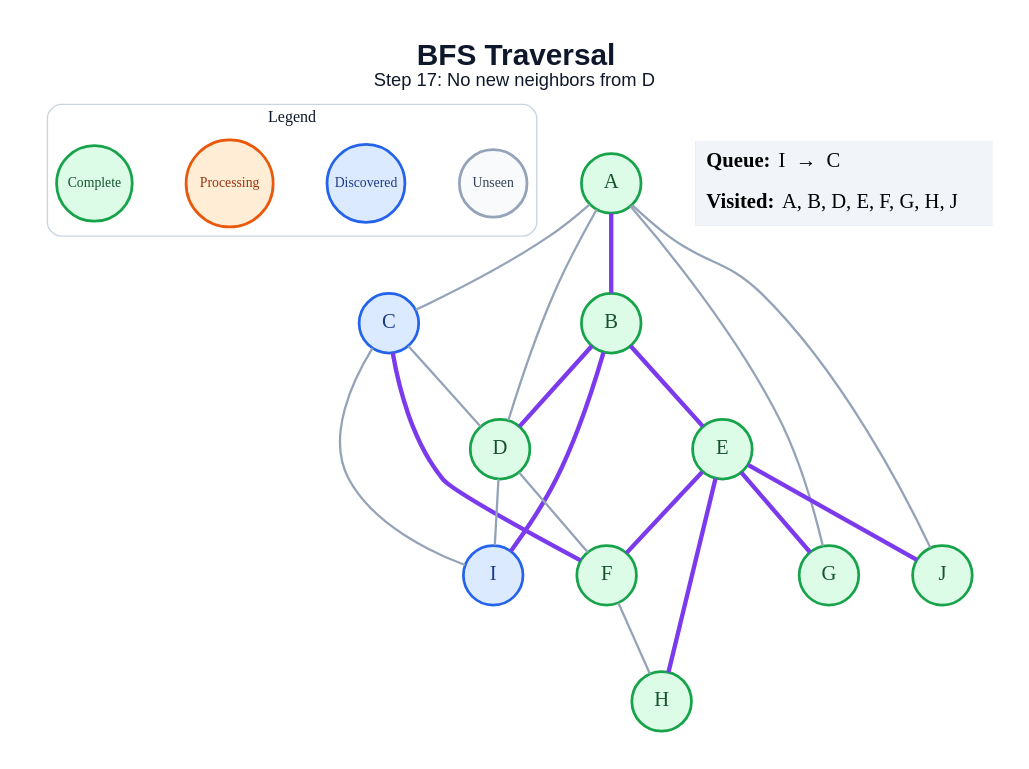
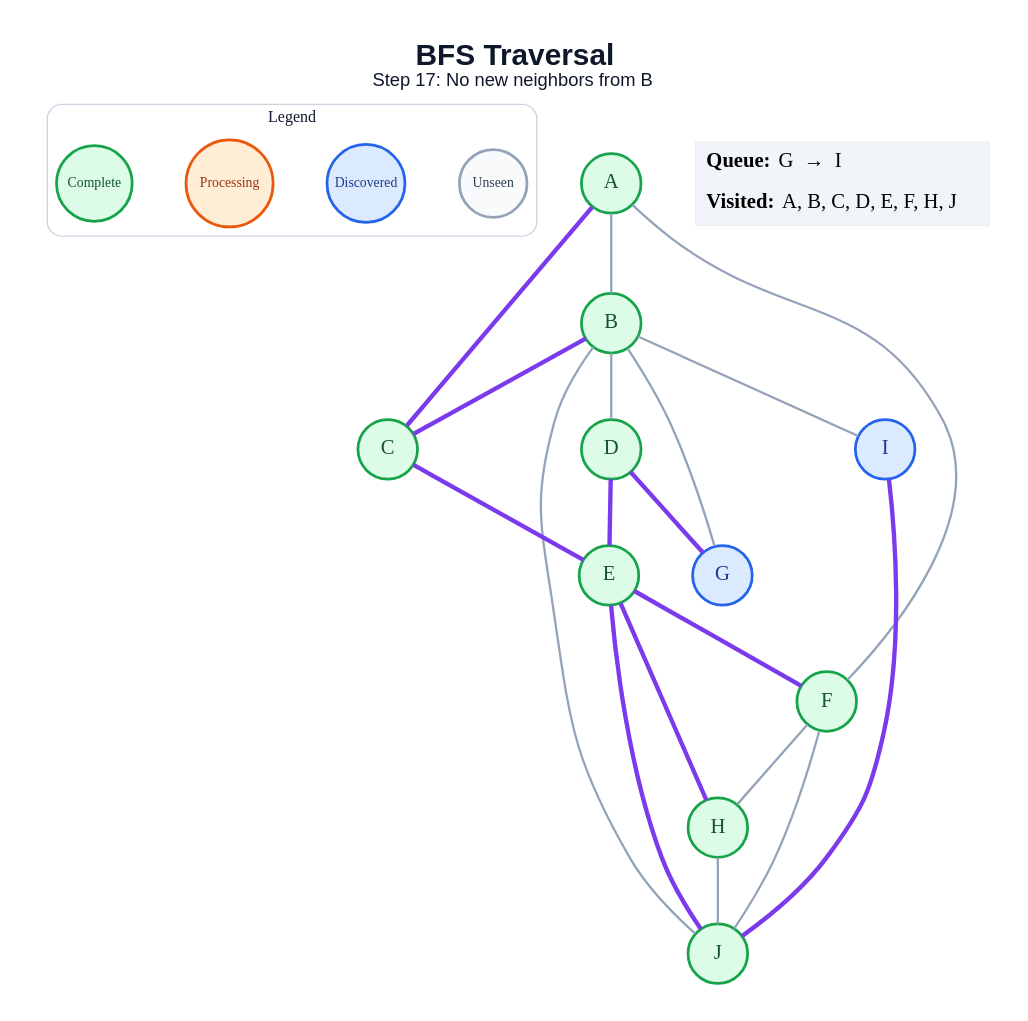
One commit to amanghodawala9/ai-slop changed the diagram in generated/specific-node/bfs/step_17.dot. Above: the diagram before and after it, drawn with Graphviz. The commit also changed 178 other files, not shown here.

```diff
--- a/generated/specific-node/bfs/step_17.dot
+++ b/generated/specific-node/bfs/step_17.dot
@@ -1,47 +1,47 @@
 graph traversal {
   graph [layout=dot, rankdir=TB, bgcolor="#FFFFFF", pad="0.35", nodesep="0.65", ranksep="0.8", fontname="Arial"];
   node [shape=circle, style="filled", fontname="Arial Bold", fontsize=18, width=0.72, fixedsize=true, penwidth=2.4];
   edge [color="#94A3B8", penwidth=2.0];
-  label=<<B>BFS Traversal</B><BR/><FONT POINT-SIZE="16">Step 17: No new neighbors from D</FONT>>; labelloc="t"; fontsize=26; fontname="Arial"; fontcolor="#0F172A";
+  label=<<B>BFS Traversal</B><BR/><FONT POINT-SIZE="16">Step 17: No new neighbors from B</FONT>>; labelloc="t"; fontsize=26; fontname="Arial"; fontcolor="#0F172A";
   subgraph cluster_legend { label="Legend"; color="#CBD5E1"; penwidth=1.2; style="rounded"; fontsize=14; fontname="Arial Bold";
     key_unseen [label="Unseen", fillcolor="#F8FAFC", color="#94A3B8", fontcolor="#334155", fontsize=12, width=0.82];
     key_frontier [label="Discovered", fillcolor="#DBEAFE", color="#2563EB", fontcolor="#1E3A8A", fontsize=12, width=0.95];
     key_current [label="Processing", fillcolor="#FFEDD5", color="#EA580C", fontcolor="#9A3412", fontsize=12, width=1.05];
     key_done [label="Complete", fillcolor="#DCFCE7", color="#16A34A", fontcolor="#14532D", fontsize=12, width=0.92];
     { rank=same; key_unseen; key_frontier; key_current; key_done; }
   }
   A [fillcolor="#DCFCE7", color="#16A34A", fontcolor="#14532D"];
   B [fillcolor="#DCFCE7", color="#16A34A", fontcolor="#14532D"];
-  C [fillcolor="#DBEAFE", color="#2563EB", fontcolor="#1E3A8A"];
+  C [fillcolor="#DCFCE7", color="#16A34A", fontcolor="#14532D"];
   D [fillcolor="#DCFCE7", color="#16A34A", fontcolor="#14532D"];
   E [fillcolor="#DCFCE7", color="#16A34A", fontcolor="#14532D"];
   F [fillcolor="#DCFCE7", color="#16A34A", fontcolor="#14532D"];
-  G [fillcolor="#DCFCE7", color="#16A34A", fontcolor="#14532D"];
+  G [fillcolor="#DBEAFE", color="#2563EB", fontcolor="#1E3A8A"];
   H [fillcolor="#DCFCE7", color="#16A34A", fontcolor="#14532D"];
   I [fillcolor="#DBEAFE", color="#2563EB", fontcolor="#1E3A8A"];
   J [fillcolor="#DCFCE7", color="#16A34A", fontcolor="#14532D"];
-  A -- B [color="#7C3AED", penwidth=3.8];
-  A -- C;
-  A -- D;
-  A -- G;
-  A -- J;
-  B -- D [color="#7C3AED", penwidth=3.8];
-  B -- E [color="#7C3AED", penwidth=3.8];
-  B -- I [color="#7C3AED", penwidth=3.8];
-  C -- D;
-  C -- F [color="#7C3AED", penwidth=3.8];
-  C -- I;
-  D -- F;
-  D -- I;
+  A -- B;
+  A -- C [color="#7C3AED", penwidth=3.8];
+  A -- F;
+  B -- C [color="#7C3AED", penwidth=3.8];
+  B -- D;
+  B -- G;
+  B -- I;
+  B -- J;
+  C -- E [color="#7C3AED", penwidth=3.8];
+  D -- E [color="#7C3AED", penwidth=3.8];
+  D -- G [color="#7C3AED", penwidth=3.8];
   E -- F [color="#7C3AED", penwidth=3.8];
-  E -- G [color="#7C3AED", penwidth=3.8];
   E -- H [color="#7C3AED", penwidth=3.8];
   E -- J [color="#7C3AED", penwidth=3.8];
   F -- H;
+  F -- J;
+  H -- J;
+  I -- J [color="#7C3AED", penwidth=3.8];
   status [shape=plain, fixedsize=false, width=0, height=0, margin=0, label=<
     <TABLE BORDER="0" CELLBORDER="0" CELLPADDING="7" BGCOLOR="#F1F5F9">
-      <TR><TD ALIGN="LEFT"><B>Queue:</B> I  →  C</TD></TR>
-      <TR><TD ALIGN="LEFT"><B>Visited:</B> A, B, D, E, F, G, H, J</TD></TR>
+      <TR><TD ALIGN="LEFT"><B>Queue:</B> G  →  I</TD></TR>
+      <TR><TD ALIGN="LEFT"><B>Visited:</B> A, B, C, D, E, F, H, J</TD></TR>
     </TABLE>
   >];
 }
```
